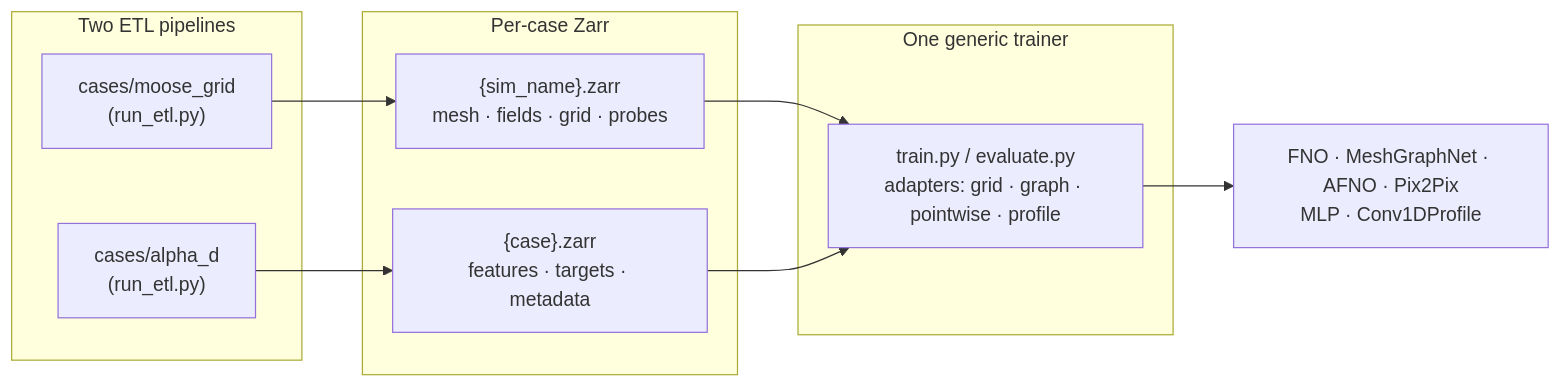
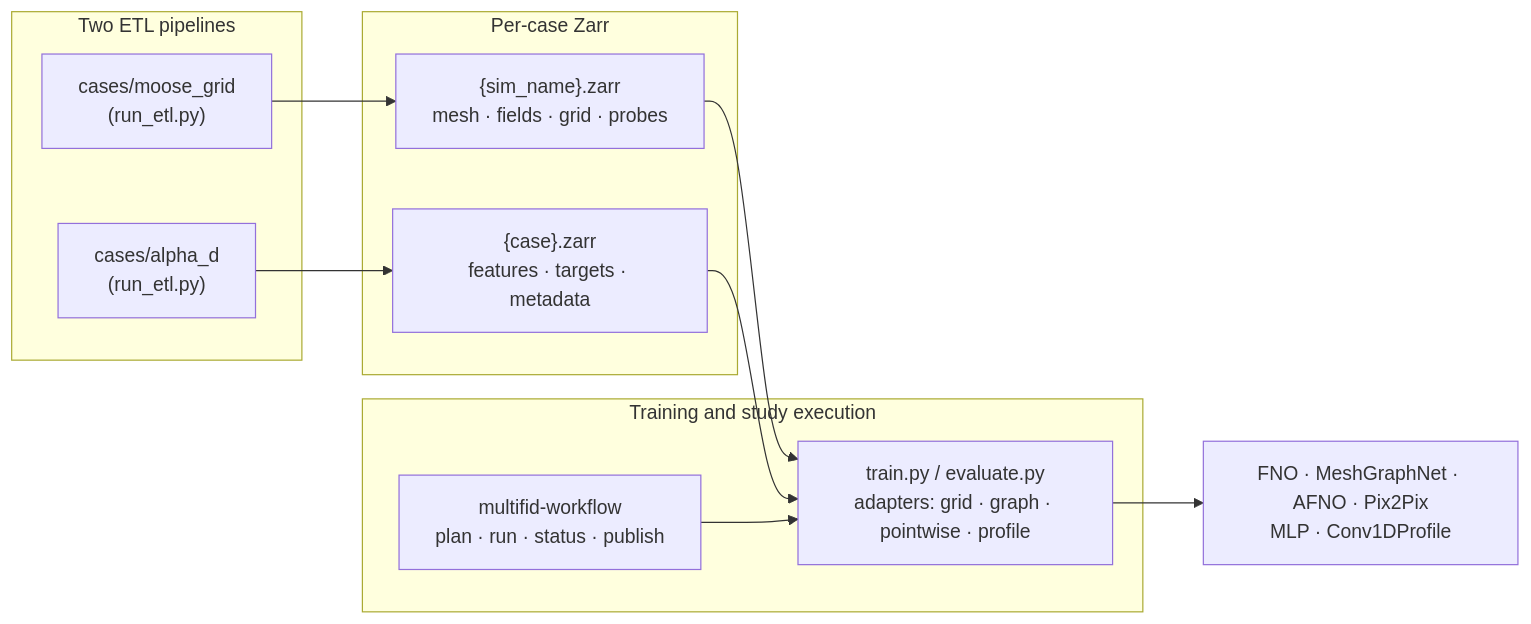
The second of 2 diagrams in docs/index.md (MengnanLi91/TH_HOLO_workflow), drawn with Mermaid before and after one commit. The commit also changed other lines of this file and 8 other files, not shown here.

````diff
--- a/docs/index.md
+++ b/docs/index.md
@@ -27,19 +27,21 @@
 ```{mermaid}
 flowchart LR
     subgraph ETL["Two ETL pipelines"]
         E1["cases/moose_grid<br/>(run_etl.py)"]
         E2["cases/alpha_d<br/>(run_etl.py)"]
     end
     subgraph DATA["Per-case Zarr"]
         Z1["{sim_name}.zarr<br/>mesh · fields · grid · probes"]
         Z2["{case}.zarr<br/>features · targets · metadata"]
     end
-    subgraph TRAIN["One generic trainer"]
+    subgraph TRAIN["Training and study execution"]
         TF["train.py / evaluate.py<br/>adapters: grid · graph · pointwise · profile"]
+        WF["multifid-workflow<br/>plan · run · status · publish"]
     end
     E1 --> Z1
     E2 --> Z2
     Z1 --> TF
     Z2 --> TF
     TF --> M["FNO · MeshGraphNet · AFNO · Pix2Pix<br/>MLP · Conv1DProfile"]
+    WF --> TF
 ```
````
